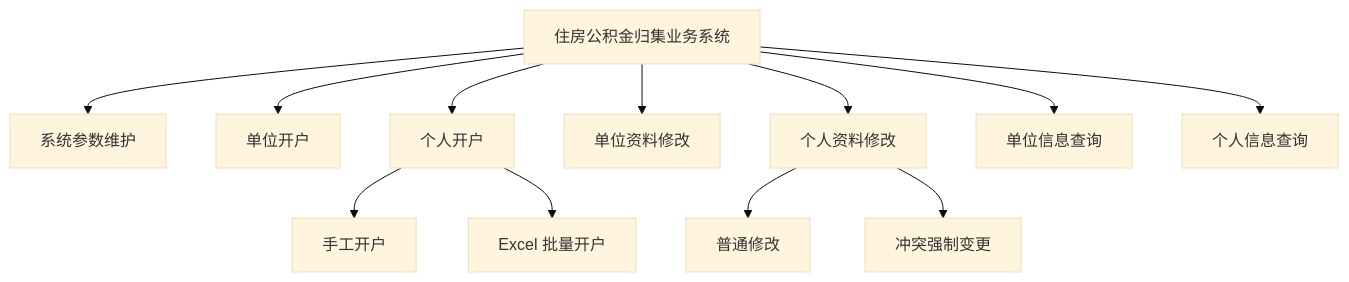
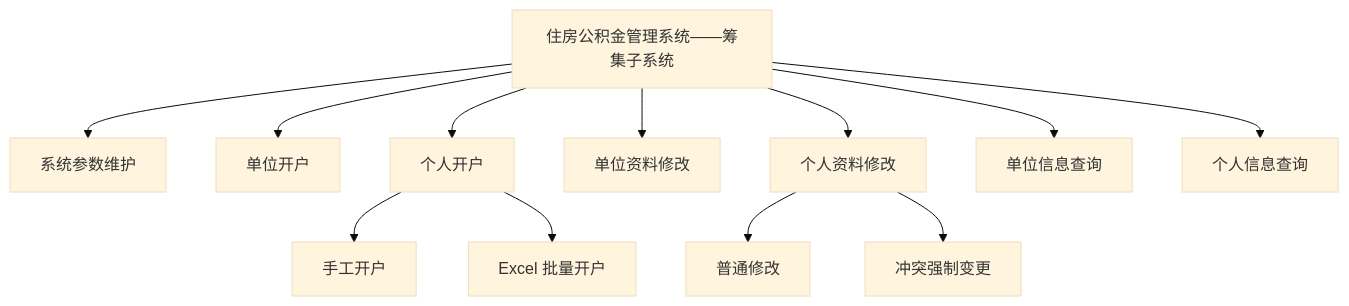
The second of 9 diagrams in docs/final-report/DIAGRAMS.md (MonsoonR/housing-fund-collection-system), drawn with Mermaid (base theme) before and after one commit. The commit also changed other lines of this file and 26 other files, not shown here.

````diff
--- a/docs/final-report/DIAGRAMS.md
+++ b/docs/final-report/DIAGRAMS.md
@@ -31,15 +31,15 @@
 ```mermaid
 flowchart TB
-    root["住房公积金归集业务系统"]
+    root["住房公积金管理系统——筹集子系统"]
     root --> p["系统参数维护"]
     root --> uo["单位开户"]
     root --> po["个人开户"]
     po --> po1["手工开户"]
     po --> po2["Excel 批量开户"]
     root --> ue["单位资料修改"]
     root --> pe["个人资料修改"]
     pe --> pe1["普通修改"]
     pe --> pe2["冲突强制变更"]
     root --> uq["单位信息查询"]
     root --> pq["个人信息查询"]
 ```
````
